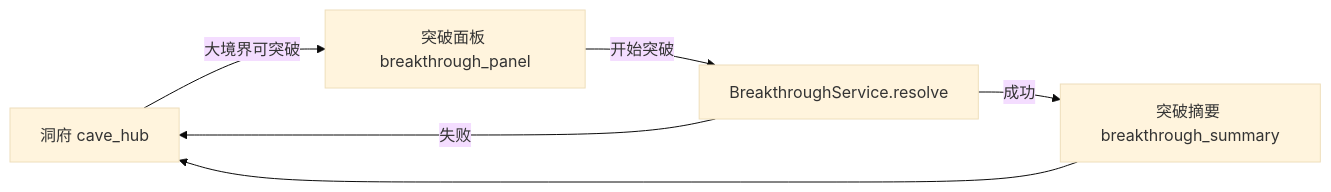
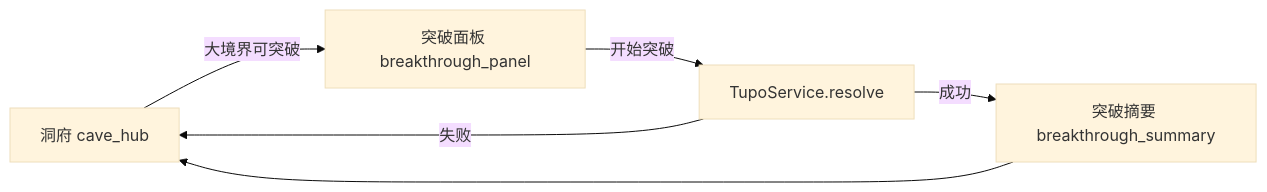
Before and after one commit to consai/xiuxian-lilian: the diagram in docs/breakthrough-system.md, drawn with Mermaid (base theme). The commit also changed other lines of this file and 515 other files, not shown here.

````diff
--- a/docs/breakthrough-system.md
+++ b/docs/breakthrough-system.md
@@ -20,8 +20,8 @@
 ```mermaid
 flowchart LR
   Hub[洞府 cave_hub] -->|大境界可突破| Panel[突破面板 breakthrough_panel]
-  Panel -->|开始突破| Resolve[BreakthroughService.resolve]
+  Panel -->|开始突破| Resolve[TupoService.resolve]
   Resolve -->|成功| Summary[突破摘要 breakthrough_summary]
   Resolve -->|失败| Hub
   Summary --> Hub
 ```
````
